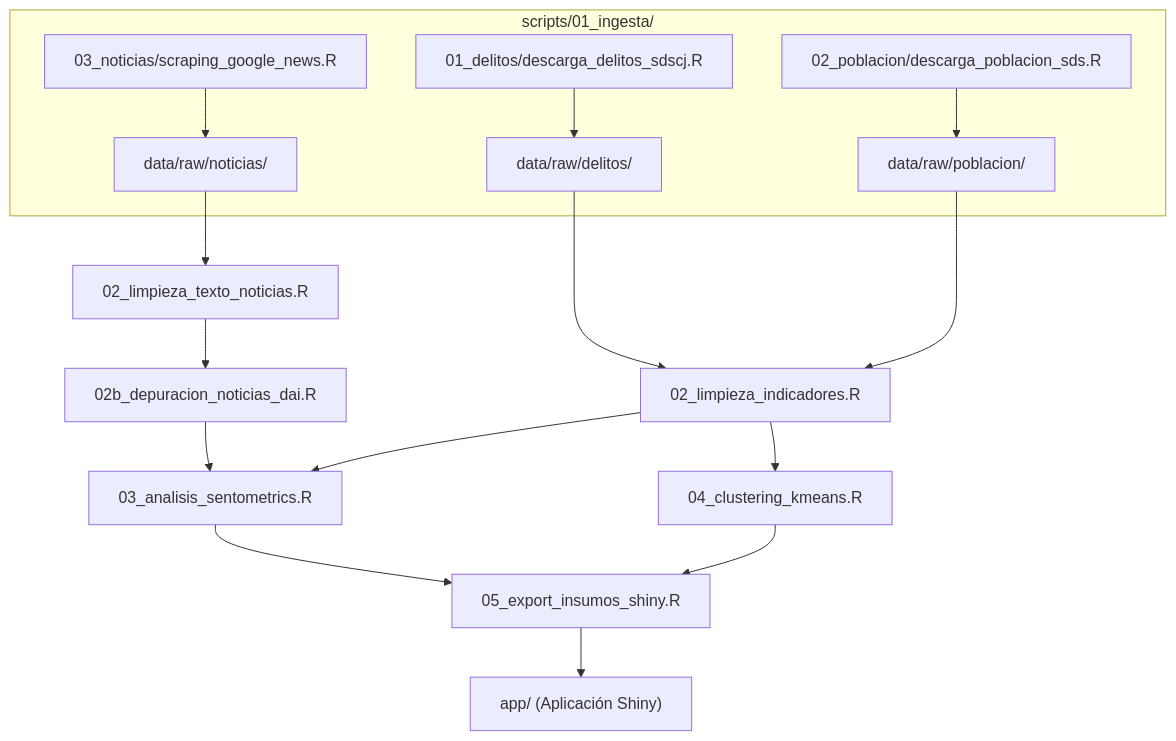
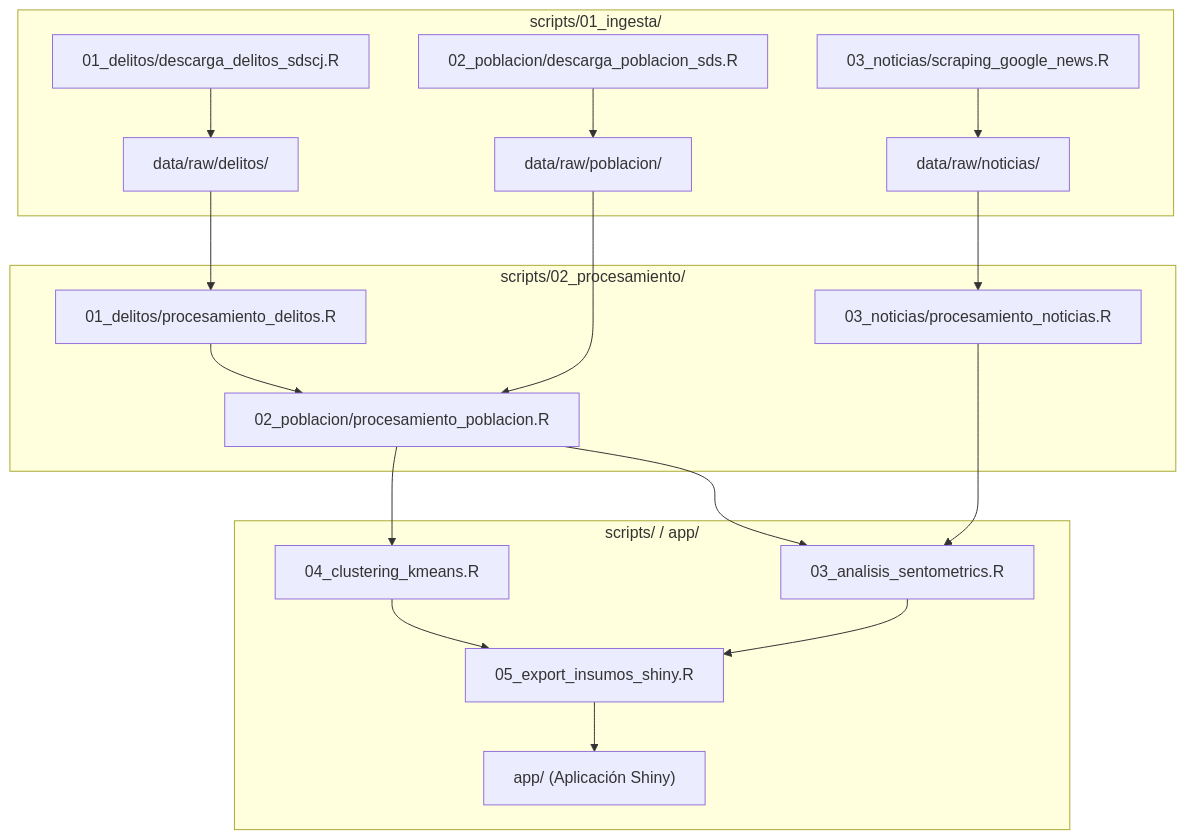
The diagram in scripts/README.md (juanjo-edm/Repo_Entrega_Final_Taller_R), drawn with Mermaid before and after one commit. The commit also changed other lines of this file and 47 other files, not shown here.

````diff
--- a/scripts/README.md
+++ b/scripts/README.md
@@ -17,18 +11,24 @@
 ```mermaid
 flowchart TD
     subgraph Ingesta ["scripts/01_ingesta/"]
         I1["01_delitos/descarga_delitos_sdscj.R"] --> D1["data/raw/delitos/"]
         I2["02_poblacion/descarga_poblacion_sds.R"] --> D2["data/raw/poblacion/"]
         I3["03_noticias/scraping_google_news.R"] --> D3["data/raw/noticias/"]
     end
-    D1 --> B["02_limpieza_indicadores.R"]
-    D2 --> B
-    D3 --> N1["02_limpieza_texto_noticias.R"]
-    N1 --> N2["02b_depuracion_noticias_dai.R"]
-    N2 --> C["03_analisis_sentometrics.R"]
-    B --> C
-    B --> K["04_clustering_kmeans.R"]
-    C --> E["05_export_insumos_shiny.R"]
-    K --> E
-    E --> F["app/ (Aplicación Shiny)"]
+    
+    subgraph Procesamiento ["scripts/02_procesamiento/"]
+        D1 --> P1["01_delitos/procesamiento_delitos.R"]
+        D2 --> P2["02_poblacion/procesamiento_poblacion.R"]
+        P1 --> P2
+        D3 --> P3["03_noticias/procesamiento_noticias.R"]
+    end
+
+    subgraph Analisis ["scripts/ / app/"]
+        P2 --> C["03_analisis_sentometrics.R"]
+        P3 --> C
+        P2 --> K["04_clustering_kmeans.R"]
+        C --> E["05_export_insumos_shiny.R"]
+        K --> E
+        E --> F["app/ (Aplicación Shiny)"]
+    end
 ```
````
